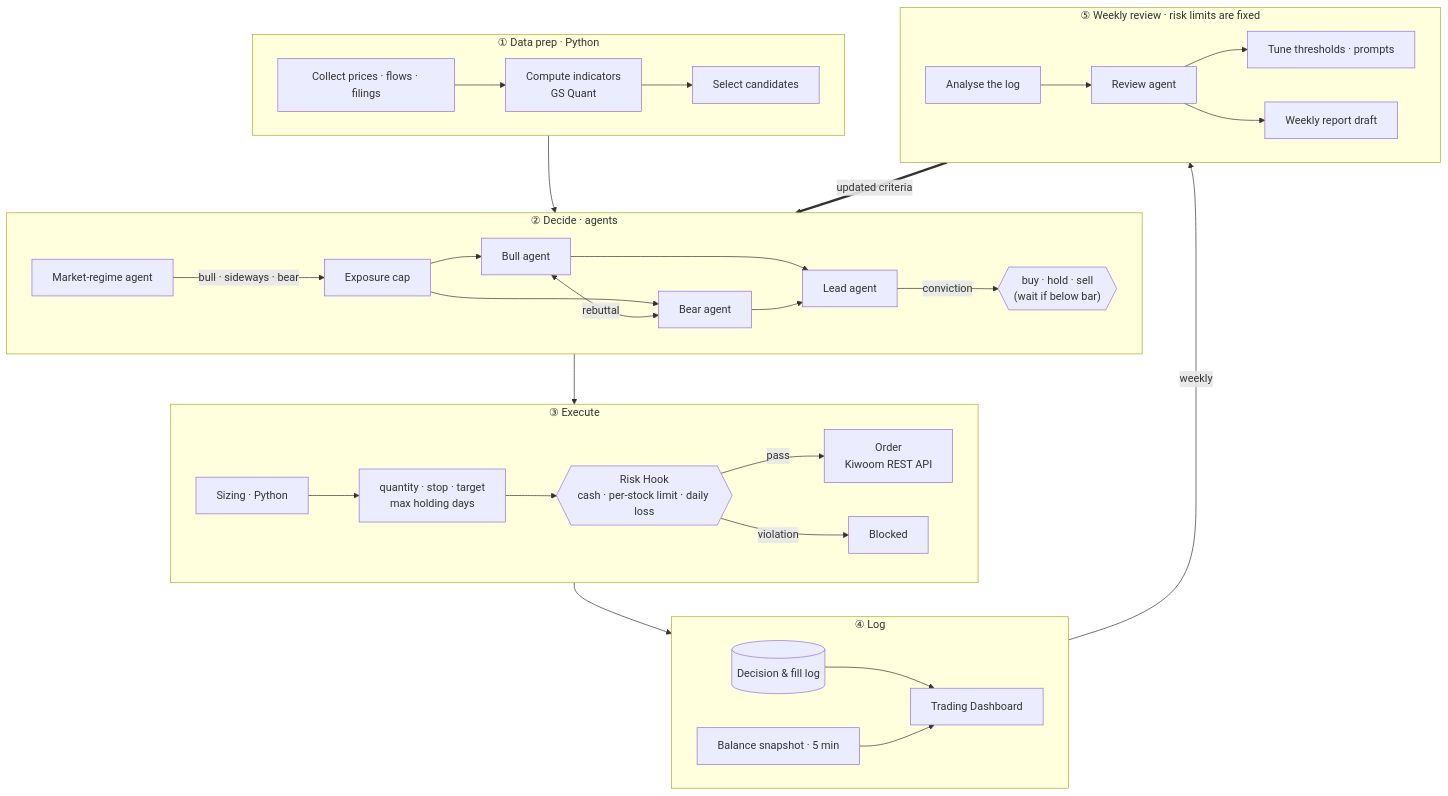
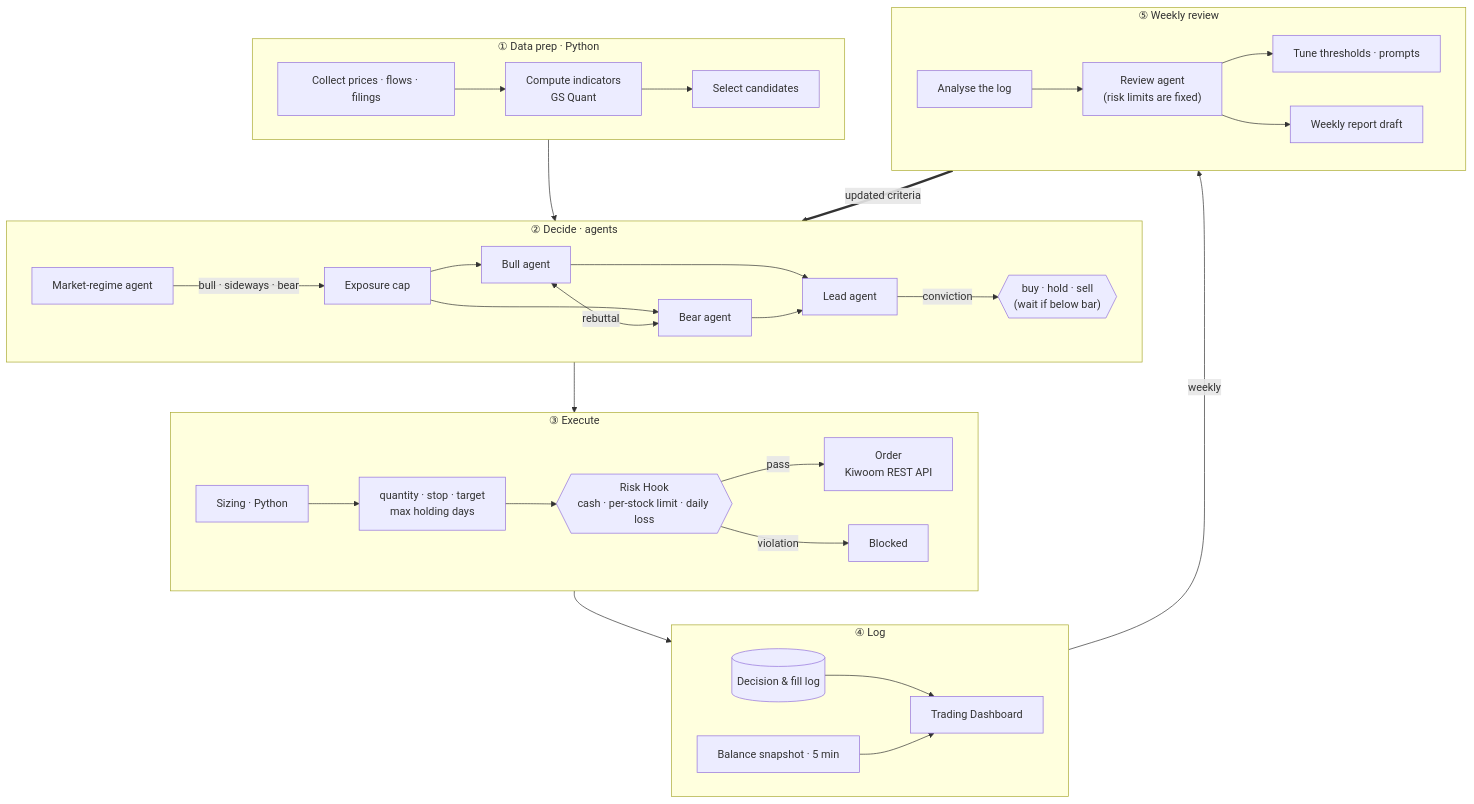
Before and after one commit to isopink/hynix-298f: the diagram in README.md, drawn with Mermaid. The commit also changed other lines of this file and 3 other files, not shown here.

First line of the commit message:
README: show architecture as an image for GitHub mobile

````diff
--- a/README.md
+++ b/README.md
@@ -46,37 +51,37 @@
 ```mermaid
 flowchart TB
     subgraph S1["① Data prep · Python"]
         direction LR
         A1["Collect prices · flows · filings"] --> A2["Compute indicators<br/>GS Quant"] --> A3["Select candidates"]
     end
     subgraph S2["② Decide · agents"]
         direction LR
         B1["Market-regime agent"] -->|bull · sideways · bear| B2["Exposure cap"]
         B2 --> C1["Bull agent"]
         B2 --> C2["Bear agent"]
         C1 <-->|rebuttal| C2
         C1 --> E1["Lead agent"]
         C2 --> E1
         E1 -->|conviction| E2{{"buy · hold · sell<br/>(wait if below bar)"}}
     end
     subgraph S3["③ Execute"]
         direction LR
         F1["Sizing · Python"] --> F2["quantity · stop · target<br/>max holding days"] --> G{{"Risk Hook<br/>cash · per-stock limit · daily loss"}}
         G -->|pass| H["Order<br/>Kiwoom REST API"]
         G -->|violation| X["Blocked"]
     end
     subgraph S4["④ Log"]
         direction LR
         I[("Decision & fill log")] --> K["Trading Dashboard"]
         L["Balance snapshot · 5 min"] --> K
     end
-    subgraph S5["⑤ Weekly review · risk limits are fixed"]
+    subgraph S5["⑤ Weekly review"]
         direction LR
-        J1["Analyse the log"] --> J2["Review agent"]
+        J1["Analyse the log"] --> J2["Review agent<br/>(risk limits are fixed)"]
         J2 --> J3["Tune thresholds · prompts"]
         J2 --> J4["Weekly report draft"]
     end
     S1 --> S2 --> S3 --> S4
     S4 -->|weekly| S5
     S5 == "updated criteria" ==> S2
 ```
````
